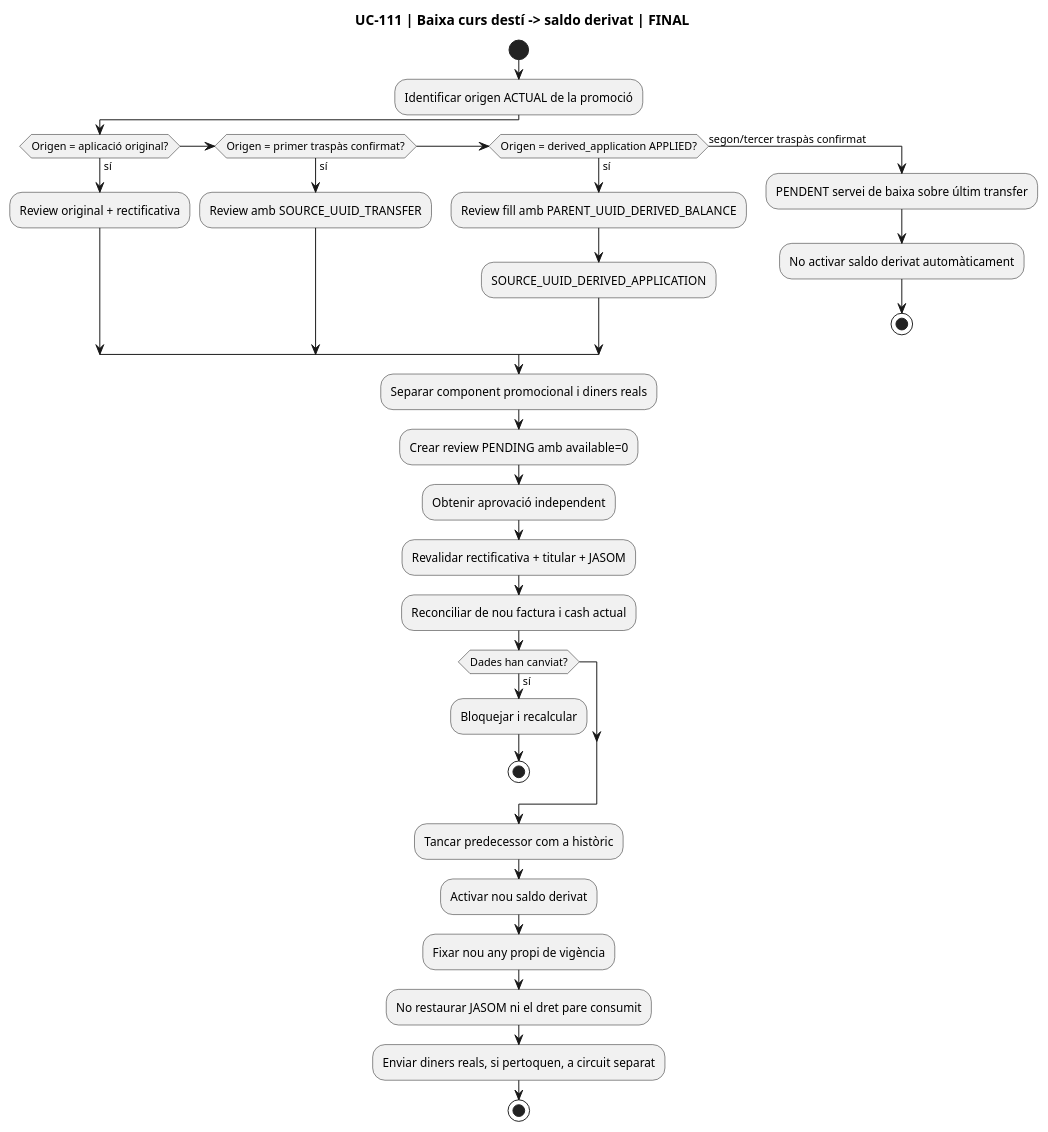
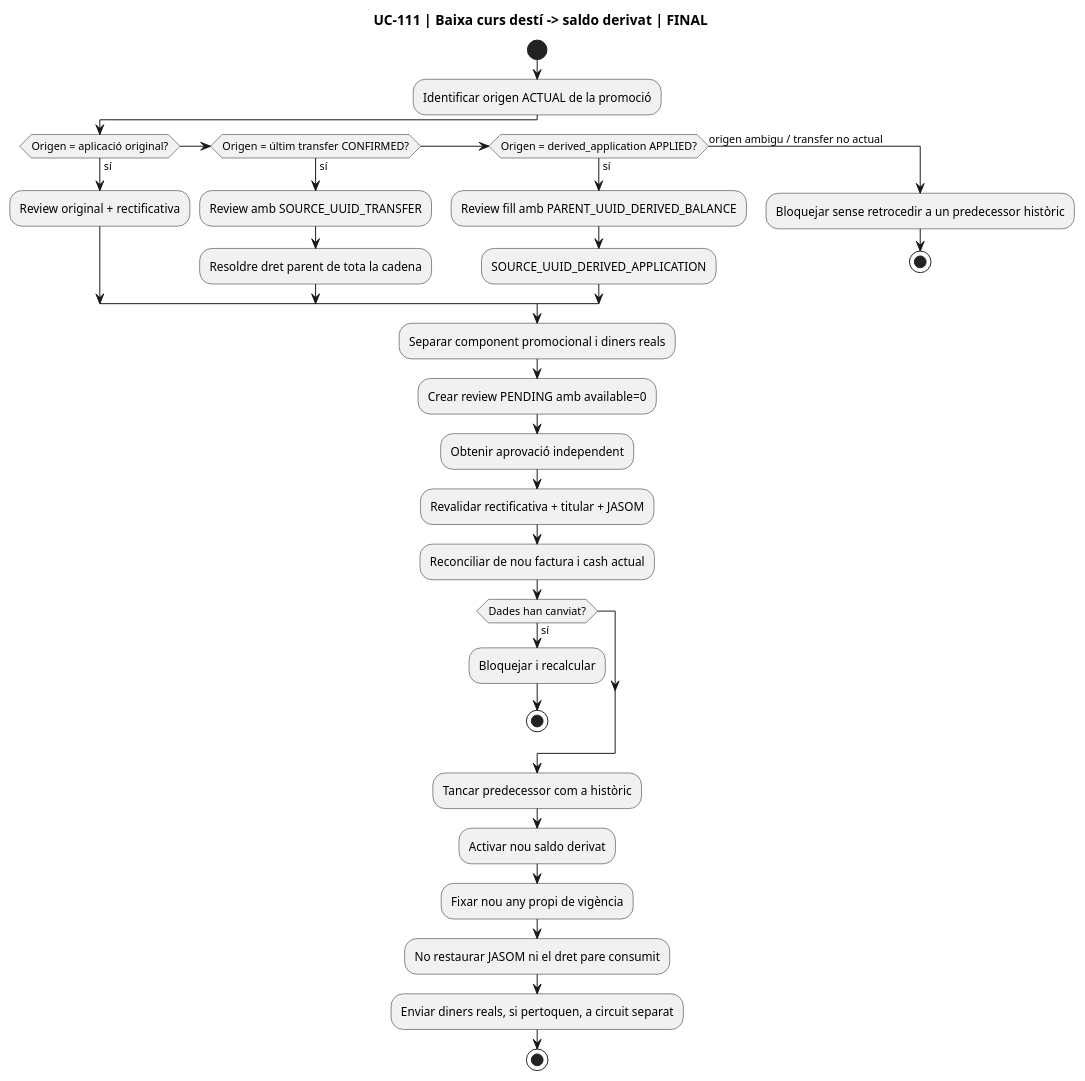
The tenth of 12 diagrams in documentacio/07-uml-integrat/uc-111-activitats-actual-final.md (orgmeriemprismacat-del/verifactu), drawn with PlantUML before and after one commit.

Commit message:
docs UC-111: generalize cancellation to current transfer across successive chains

````diff
--- a/documentacio/07-uml-integrat/uc-111-activitats-actual-final.md
+++ b/documentacio/07-uml-integrat/uc-111-activitats-actual-final.md
@@ -296,34 +296,34 @@
 ```plantuml
 @startuml
 title UC-111 | Baixa curs destí -> saldo derivat | FINAL
 start
 :Identificar origen ACTUAL de la promoció;
 if (Origen = aplicació original?) then (sí)
   :Review original + rectificativa;
-elseif (Origen = primer traspàs confirmat?) then (sí)
+elseif (Origen = últim transfer CONFIRMED?) then (sí)
   :Review amb SOURCE_UUID_TRANSFER;
+  :Resoldre dret parent de tota la cadena;
 elseif (Origen = derived_application APPLIED?) then (sí)
   :Review fill amb PARENT_UUID_DERIVED_BALANCE;
   :SOURCE_UUID_DERIVED_APPLICATION;
-else (segon/tercer traspàs confirmat)
-  :PENDENT servei de baixa sobre últim transfer;
-  :No activar saldo derivat automàticament;
+else (origen ambigu / transfer no actual)
+  :Bloquejar sense retrocedir a un predecessor històric;
   stop
 endif
 :Separar component promocional i diners reals;
 :Crear review PENDING amb available=0;
 :Obtenir aprovació independent;
 :Revalidar rectificativa + titular + JASOM;
 :Reconciliar de nou factura i cash actual;
 if (Dades han canviat?) then (sí)
   :Bloquejar i recalcular;
   stop
 endif
 :Tancar predecessor com a històric;
 :Activar nou saldo derivat;
 :Fixar nou any propi de vigència;
 :No restaurar JASOM ni el dret pare consumit;
 :Enviar diners reals, si pertoquen, a circuit separat;
 stop
 @enduml
 ```
````
